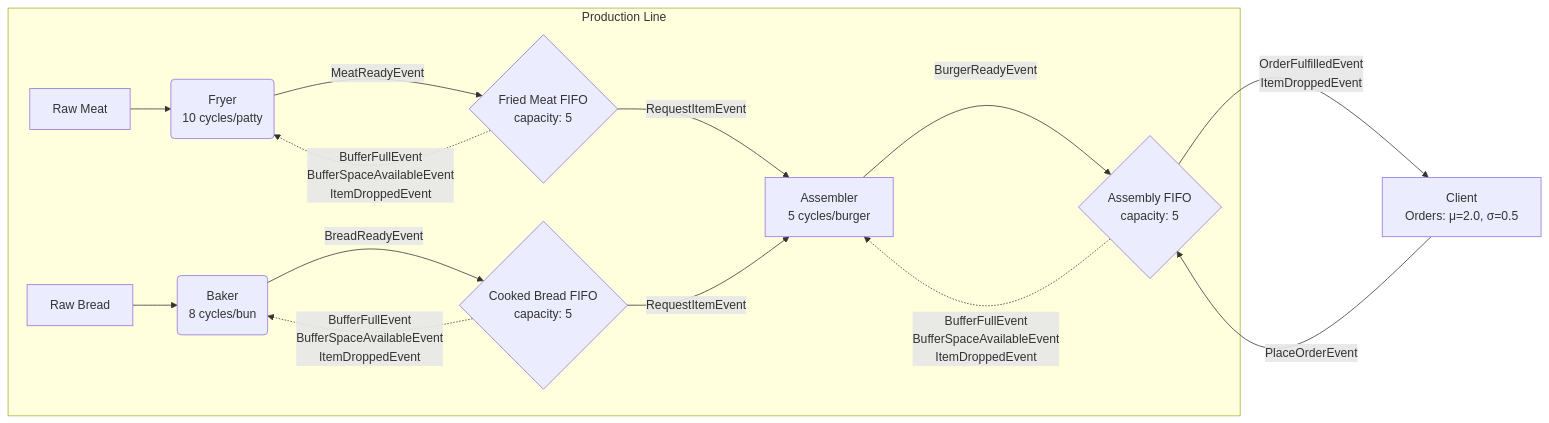
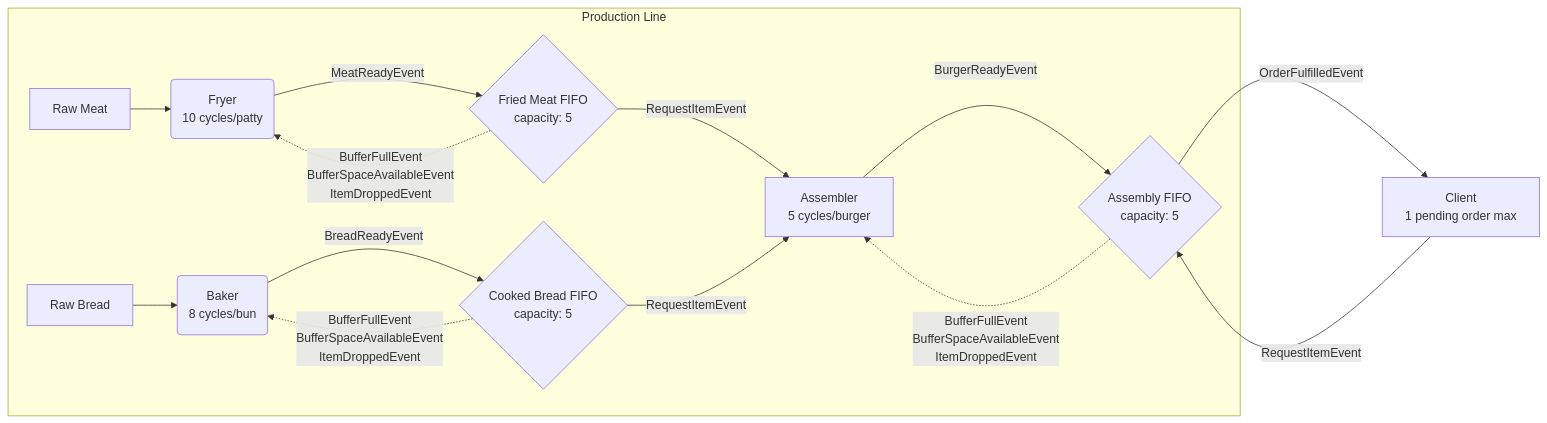
The diagram in burger_design.md (Windofbitter/rsim), drawn with Mermaid before and after one commit. The commit also changed other lines of this file, not shown here.

````diff
--- a/burger_design.md
+++ b/burger_design.md
@@ -5,27 +5,27 @@
 ```mermaid
 graph LR
     A[Raw Meat] --> B(Fryer<br/>10 cycles/patty)
     B -->|MeatReadyEvent| C{Fried Meat FIFO<br/>capacity: 5}
     D[Raw Bread] --> E(Baker<br/>8 cycles/bun)
     E -->|BreadReadyEvent| F{Cooked Bread FIFO<br/>capacity: 5}
     C -->|RequestItemEvent| G[Assembler<br/>5 cycles/burger]
     F -->|RequestItemEvent| G
     G -->|BurgerReadyEvent| I{Assembly FIFO<br/>capacity: 5}
-    H[Client<br/>Orders: μ=2.0, σ=0.5] -->|PlaceOrderEvent| I
-    I -->|OrderFulfilledEvent<br/>ItemDroppedEvent| H
+    H[Client<br/>1 pending order max] -->|RequestItemEvent| I
+    I -->|OrderFulfilledEvent| H
 
     subgraph "Production Line"
         A
         B
         C
         D
         E
         F
         G
         I
     end
 
     C -.->|BufferFullEvent<br/>BufferSpaceAvailableEvent<br/>ItemDroppedEvent| B
     F -.->|BufferFullEvent<br/>BufferSpaceAvailableEvent<br/>ItemDroppedEvent| E
     I -.->|BufferFullEvent<br/>BufferSpaceAvailableEvent<br/>ItemDroppedEvent| G
 ```
````
